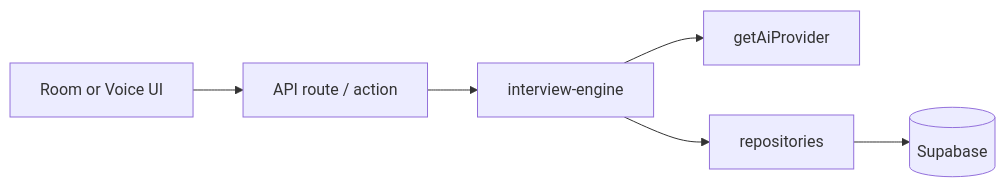
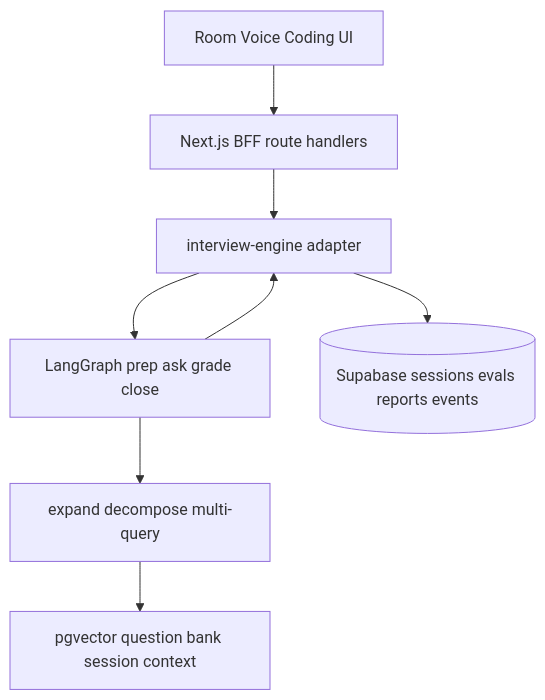
The first of 2 diagrams in docs/architecture.md (Vijayanpp/InterviewForge), drawn with Mermaid before and after one commit. The commit also changed other lines of this file and 78 other files, not shown here.

````diff
--- a/docs/architecture.md
+++ b/docs/architecture.md
@@ -40,13 +44,16 @@
 ```mermaid
-flowchart LR
-  UI[Room or Voice UI]
-  API[API route / action]
-  Engine[interview-engine]
-  AI[getAiProvider]
-  Repo[repositories]
-  DB[(Supabase)]
+flowchart TB
+  UI[Room Voice Coding UI]
+  BFF[Next.js BFF route handlers]
+  Engine[interview-engine adapter]
+  Graph[LangGraph prep ask grade close]
+  Retrieval[expand decompose multi-query]
+  Stores[pgvector question bank session context]
+  DB[(Supabase sessions evals reports events)]
 
-  UI --> API --> Engine
-  Engine --> AI
-  Engine --> Repo --> DB
+  UI --> BFF --> Engine
+  Engine --> Graph
+  Graph --> Retrieval --> Stores
+  Engine --> DB
+  Graph --> Engine
 ```
````
